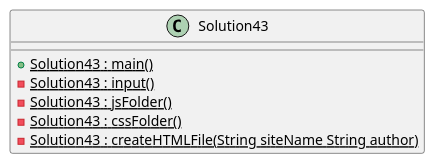
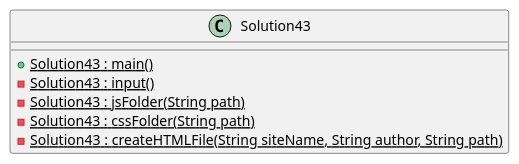
The diagram in exercise43/docs/Solution43Diagram.puml (Marc23444/pozo-a04), drawn with PlantUML before and after one commit. The commit also changed 1 other file, not shown here.

```diff
--- a/exercise43/docs/Solution43Diagram.puml
+++ b/exercise43/docs/Solution43Diagram.puml
@@ -1,13 +1,13 @@
 @startuml
 'https://plantuml.com/sequence-diagram
 
 class Solution43
 {
     +{static}Solution43 : main()
     -{static}Solution43 : input()
-    -{static}Solution43 : jsFolder()
-    -{static}Solution43 : cssFolder()
-    -{static}Solution43 : createHTMLFile(String siteName String author)
+    -{static}Solution43 : jsFolder(String path)
+    -{static}Solution43 : cssFolder(String path)
+    -{static}Solution43 : createHTMLFile(String siteName, String author, String path)
 }
 
 @enduml
```
